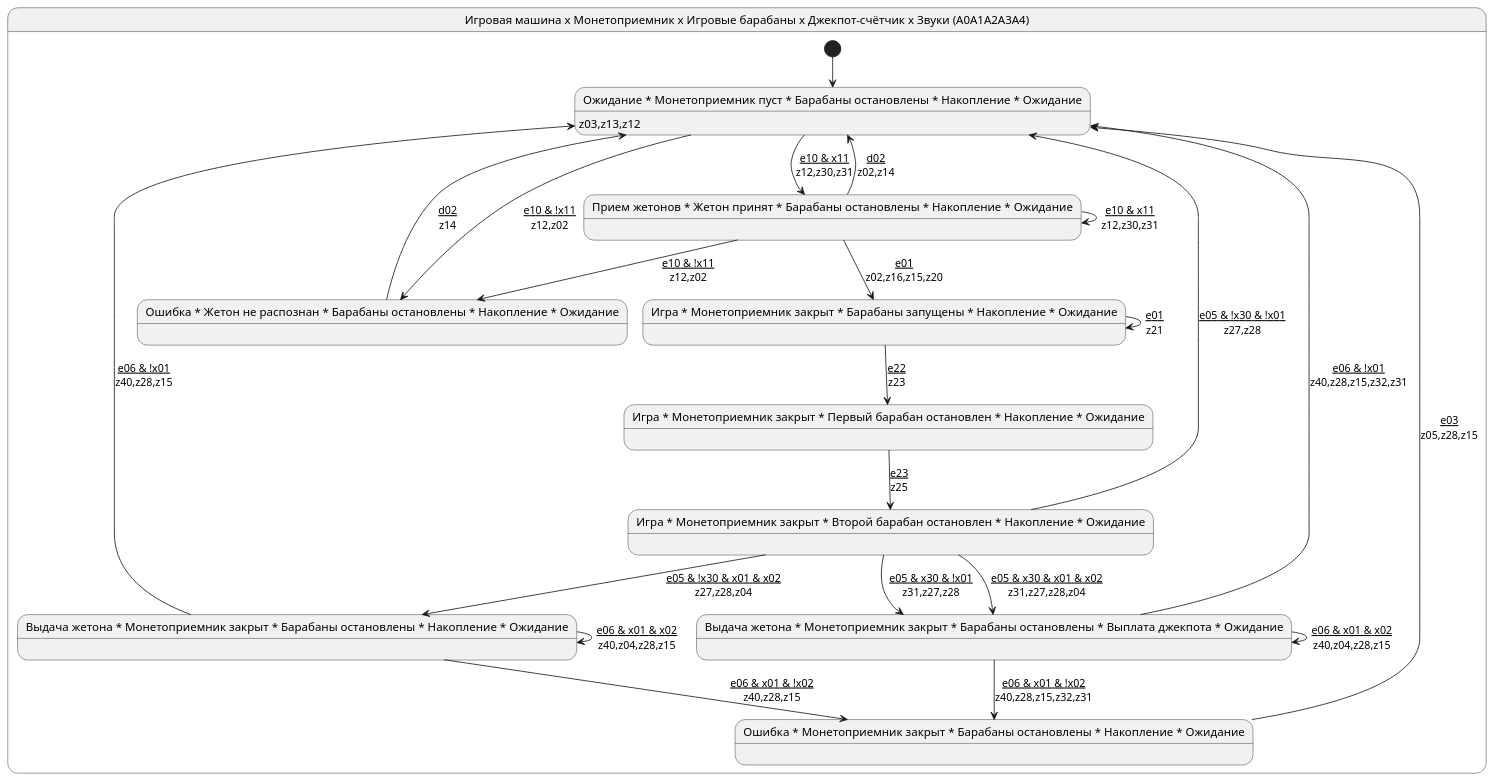
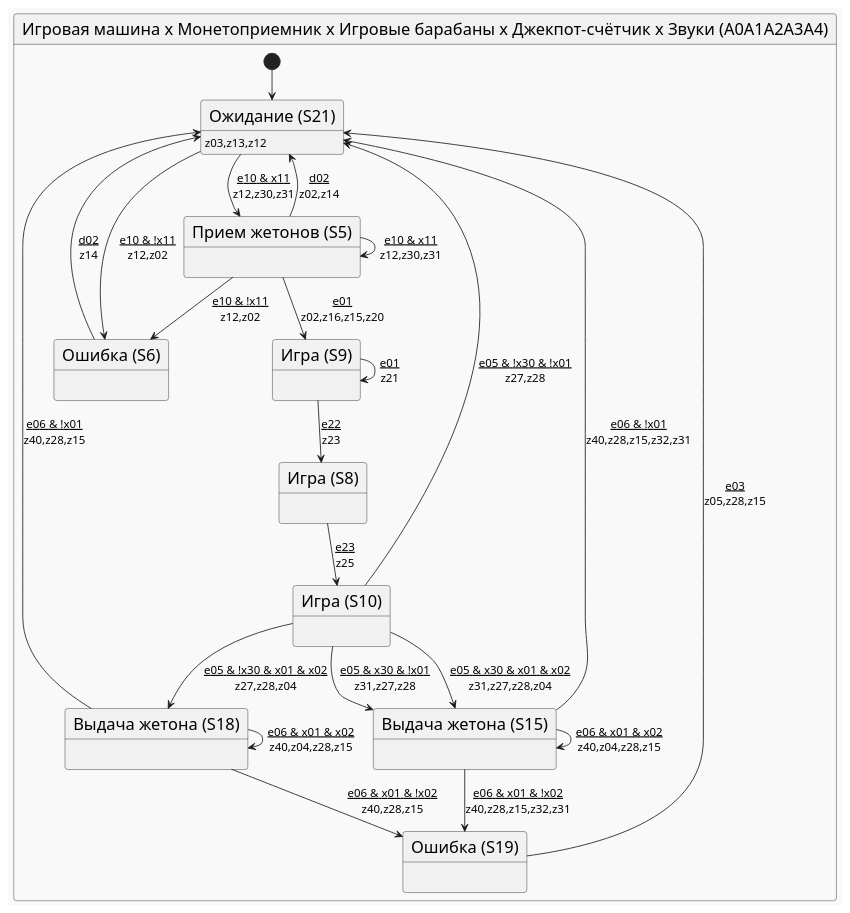
One commit to PhoenixNazarov/fsm-multiply changed the diagram in articles/multiply_many_nested/puml/final.puml. Above: the diagram before and after it, drawn with PlantUML. The commit also changed 8 other files, not shown here.

First line of the commit message:
Switch article diagrams to the mars PlantUML theme; readable final-state names

```diff
--- a/articles/multiply_many_nested/puml/final.puml
+++ b/articles/multiply_many_nested/puml/final.puml
@@ -1,36 +1,38 @@
 @startuml
-skinparam backgroundColor white
+!theme mars
+skinparam stateFontSize 20
+skinparam arrowFontSize 14
 state "Игровая машина x Монетоприемник x Игровые барабаны x Джекпот-счётчик x Звуки (A0A1A2A3A4)" as A0A1A2A3A4 {
     [*] --> A0A1A2A3A421
-    state "Ожидание * Монетоприемник пуст * Барабаны остановлены * Накопление * Ожидание" as A0A1A2A3A421 : <size:14>z03,z13,z12
-    state "Прием жетонов * Жетон принят * Барабаны остановлены * Накопление * Ожидание" as A0A1A2A3A45 : 
-    state "Ошибка * Жетон не распознан * Барабаны остановлены * Накопление * Ожидание" as A0A1A2A3A46 : 
-    state "Игра * Монетоприемник закрыт * Барабаны запущены * Накопление * Ожидание" as A0A1A2A3A49 : 
-    state "Игра * Монетоприемник закрыт * Первый барабан остановлен * Накопление * Ожидание" as A0A1A2A3A48 : 
-    state "Игра * Монетоприемник закрыт * Второй барабан остановлен * Накопление * Ожидание" as A0A1A2A3A410 : 
-    state "Выдача жетона * Монетоприемник закрыт * Барабаны остановлены * Выплата джекпота * Ожидание" as A0A1A2A3A415 : 
-    state "Выдача жетона * Монетоприемник закрыт * Барабаны остановлены * Накопление * Ожидание" as A0A1A2A3A418 : 
-    state "Ошибка * Монетоприемник закрыт * Барабаны остановлены * Накопление * Ожидание" as A0A1A2A3A419 : 
+    state "Ожидание (S21)" as A0A1A2A3A421 : <size:14>z03,z13,z12
+    state "Прием жетонов (S5)" as A0A1A2A3A45 : 
+    state "Ошибка (S6)" as A0A1A2A3A46 : 
+    state "Игра (S9)" as A0A1A2A3A49 : 
+    state "Игра (S8)" as A0A1A2A3A48 : 
+    state "Игра (S10)" as A0A1A2A3A410 : 
+    state "Выдача жетона (S15)" as A0A1A2A3A415 : 
+    state "Выдача жетона (S18)" as A0A1A2A3A418 : 
+    state "Ошибка (S19)" as A0A1A2A3A419 : 
     A0A1A2A3A421 --> A0A1A2A3A45 : <u>e10 & x11\nz12,z30,z31
     A0A1A2A3A421 --> A0A1A2A3A46 : <u>e10 & !x11\nz12,z02
     A0A1A2A3A45 --> A0A1A2A3A421 : <u>d02\nz02,z14
     A0A1A2A3A45 --> A0A1A2A3A49 : <u>e01\nz02,z16,z15,z20
     A0A1A2A3A45 --> A0A1A2A3A45 : <u>e10 & x11\nz12,z30,z31
     A0A1A2A3A45 --> A0A1A2A3A46 : <u>e10 & !x11\nz12,z02
     A0A1A2A3A46 --> A0A1A2A3A421 : <u>d02\nz14
     A0A1A2A3A49 --> A0A1A2A3A48 : <u>e22\nz23
     A0A1A2A3A49 --> A0A1A2A3A49 : <u>e01\nz21
     A0A1A2A3A48 --> A0A1A2A3A410 : <u>e23\nz25
     A0A1A2A3A410 --> A0A1A2A3A415 : <u>e05 & x30 & x01 & x02\nz31,z27,z28,z04
     A0A1A2A3A410 --> A0A1A2A3A415 : <u>e05 & x30 & !x01\nz31,z27,z28
     A0A1A2A3A410 --> A0A1A2A3A418 : <u>e05 & !x30 & x01 & x02\nz27,z28,z04
     A0A1A2A3A410 --> A0A1A2A3A421 : <u>e05 & !x30 & !x01\nz27,z28
     A0A1A2A3A415 --> A0A1A2A3A415 : <u>e06 & x01 & x02\nz40,z04,z28,z15
     A0A1A2A3A415 --> A0A1A2A3A419 : <u>e06 & x01 & !x02\nz40,z28,z15,z32,z31
     A0A1A2A3A415 --> A0A1A2A3A421 : <u>e06 & !x01\nz40,z28,z15,z32,z31
     A0A1A2A3A418 --> A0A1A2A3A418 : <u>e06 & x01 & x02\nz40,z04,z28,z15
     A0A1A2A3A418 --> A0A1A2A3A419 : <u>e06 & x01 & !x02\nz40,z28,z15
     A0A1A2A3A418 --> A0A1A2A3A421 : <u>e06 & !x01\nz40,z28,z15
     A0A1A2A3A419 --> A0A1A2A3A421 : <u>e03\nz05,z28,z15
 }
 @enduml
```
